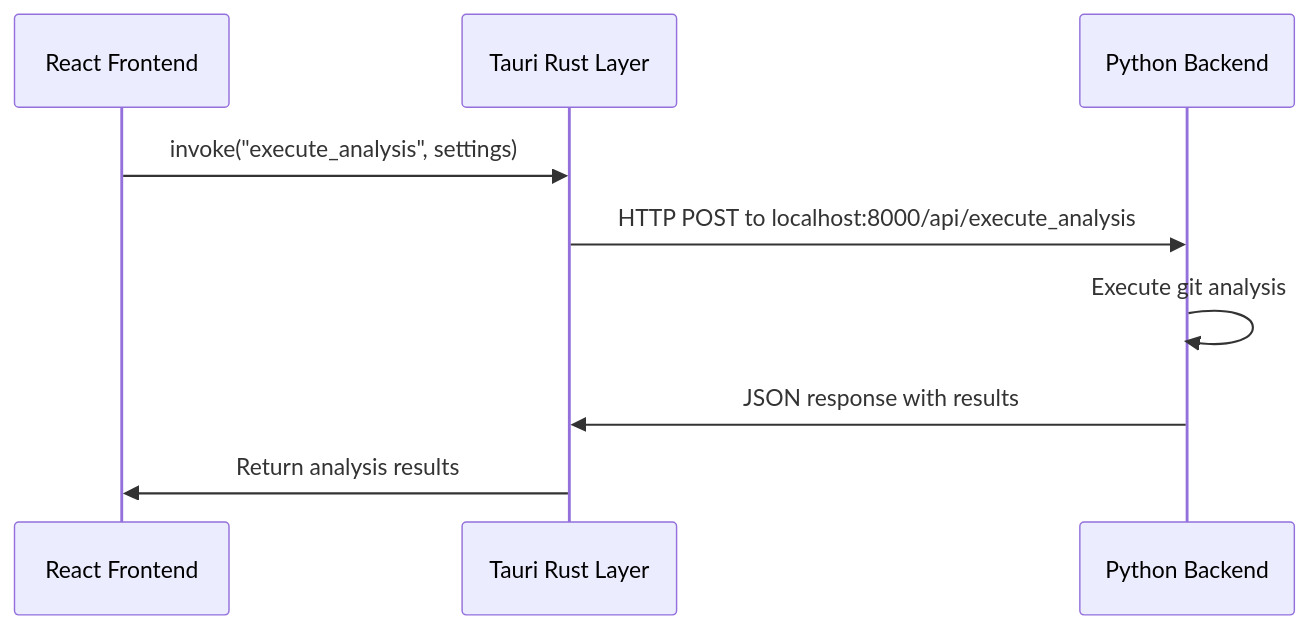
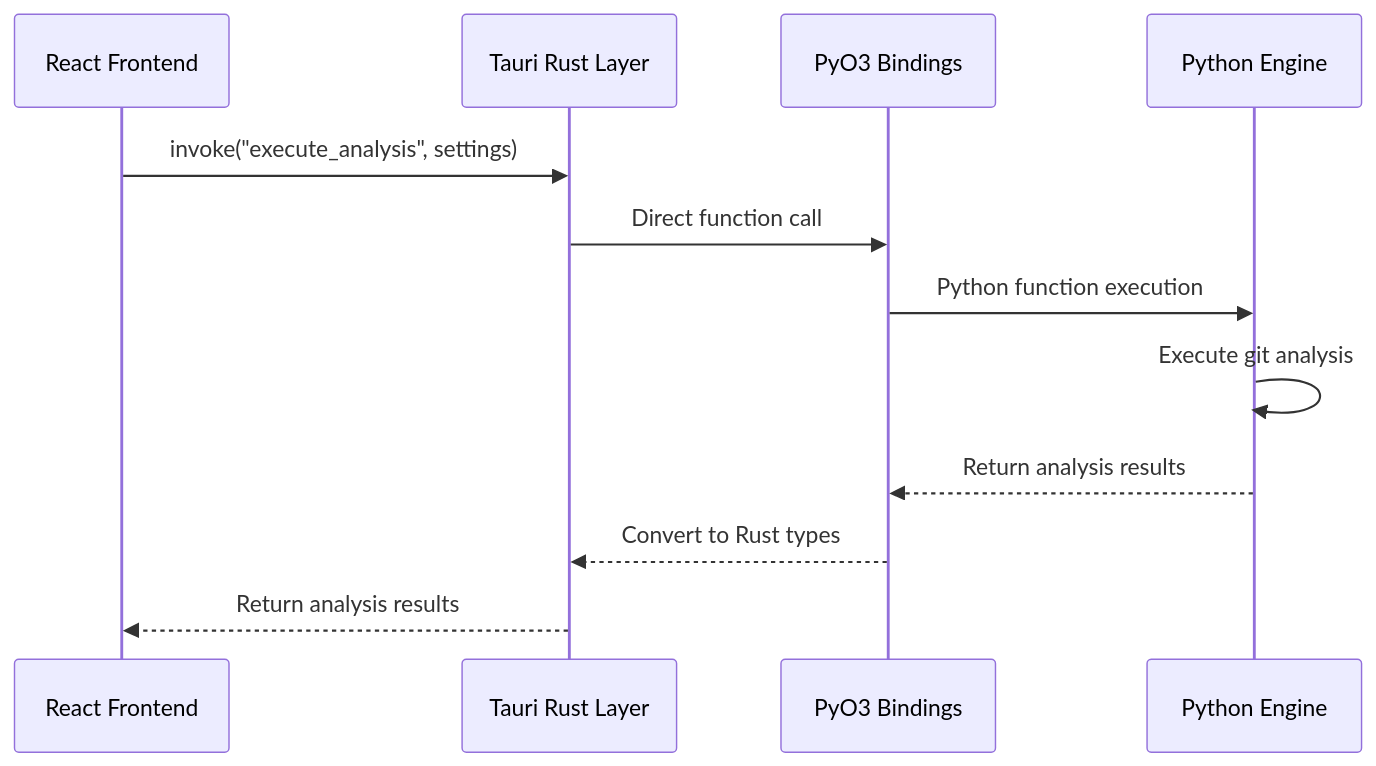
The second of 2 diagrams in docs/development/build-process.md (boost-edu-tools/gitinspectorgui), drawn with Mermaid before and after one commit. The commit also changed other lines of this file and 13 other files, not shown here.

````diff
--- a/docs/development/build-process.md
+++ b/docs/development/build-process.md
@@ -70,12 +71,15 @@
 ```mermaid
 sequenceDiagram
     participant React as React Frontend
     participant Tauri as Tauri Rust Layer
-    participant Python as Python Backend
+    participant PyO3 as PyO3 Bindings
+    participant Python as Python Engine
 
     React->>Tauri: invoke("execute_analysis", settings)
-    Tauri->>Python: HTTP POST to localhost:8000/api/execute_analysis
+    Tauri->>PyO3: Direct function call
+    PyO3->>Python: Python function execution
     Python->>Python: Execute git analysis
-    Python->>Tauri: JSON response with results
-    Tauri->>React: Return analysis results
+    Python-->>PyO3: Return analysis results
+    PyO3-->>Tauri: Convert to Rust types
+    Tauri-->>React: Return analysis results
 ```
````
